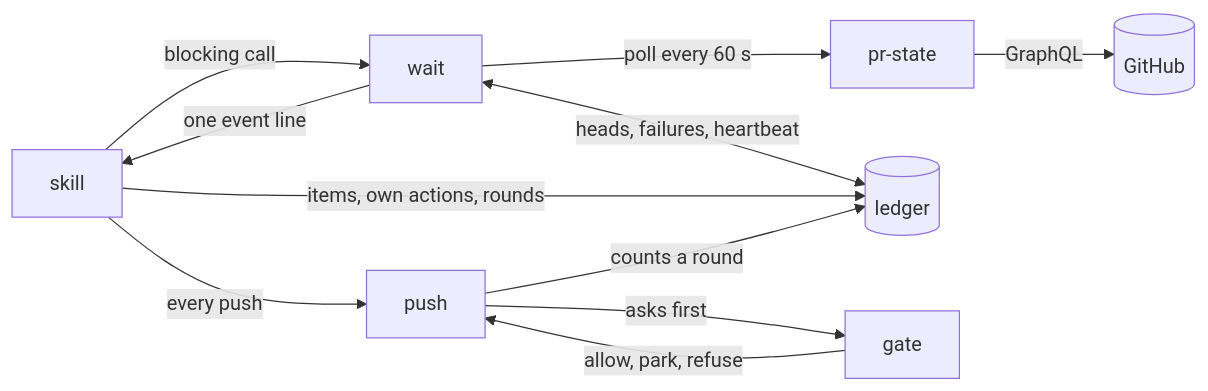
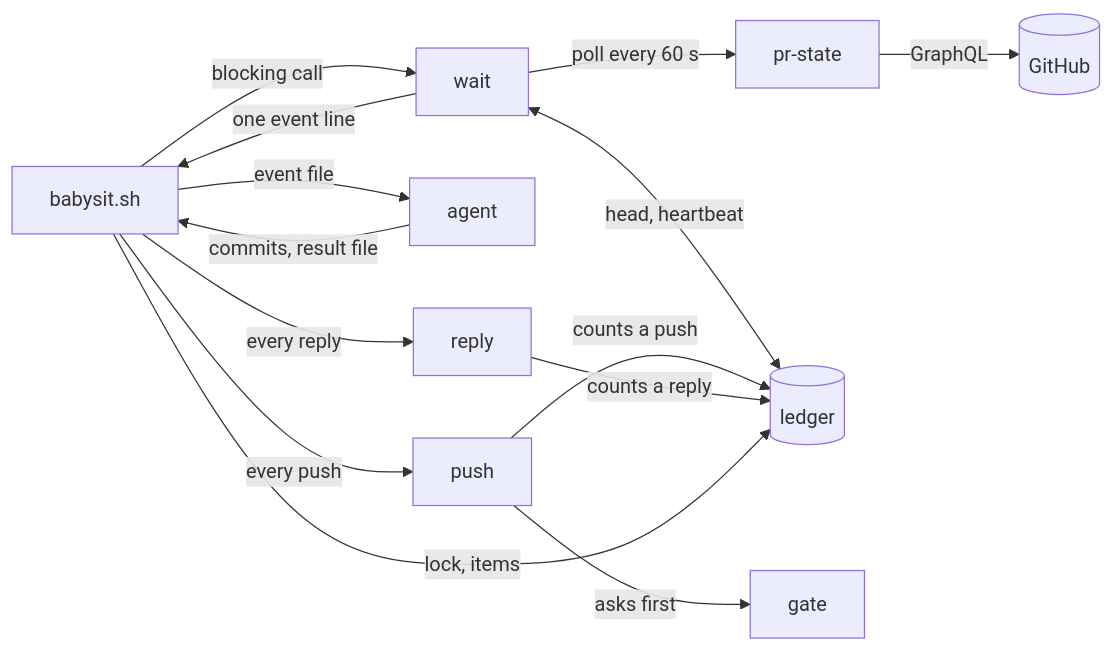
Before and after one commit to maro114510/skills: the first of 3 diagrams in docs/design/babysit.md, drawn with Mermaid. The commit also changed other lines of this file, not shown here.

First line of the commit message:
docs(babysit): design babysit as one command that drives a PR to its goal (#522)

````diff
--- a/docs/design/babysit.md
+++ b/docs/design/babysit.md
@@ -14,13 +48,16 @@
 ```mermaid
 flowchart LR
-  S["skill"] -->|"blocking call"| W["wait"]
-  W -->|"one event line"| S
+  B["babysit.sh"] -->|"blocking call"| W["wait"]
+  W -->|"one event line"| B
   W -->|"poll every 60 s"| P["pr-state"]
   P -->|"GraphQL"| G[(GitHub)]
-  W <-->|"heads, failures, heartbeat"| L[("ledger")]
-  S -->|"items, own actions, rounds"| L
-  S -->|"every push"| U["push"]
+  W <-->|"head, heartbeat"| L[("ledger")]
+  B -->|"event file"| A["agent"]
+  A -->|"commits, result file"| B
+  B -->|"every push"| U["push"]
   U -->|"asks first"| X["gate"]
-  X -->|"allow, park, refuse"| U
-  U -->|"counts a round"| L
+  B -->|"every reply"| R["reply"]
+  U -->|"counts a push"| L
+  R -->|"counts a reply"| L
+  B -->|"lock, items"| L
 ```
````
